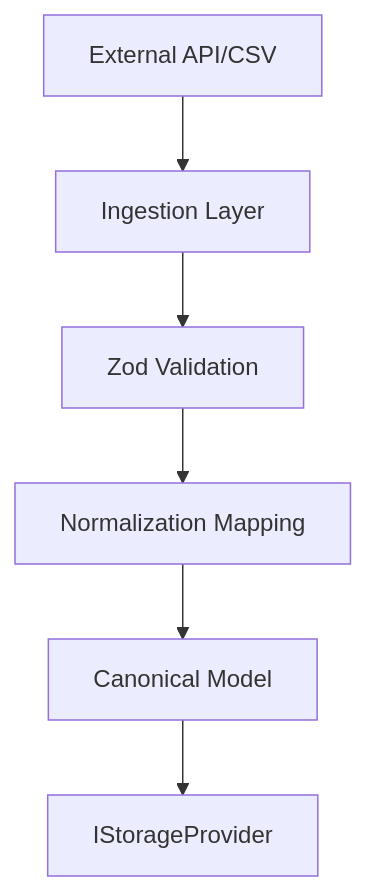
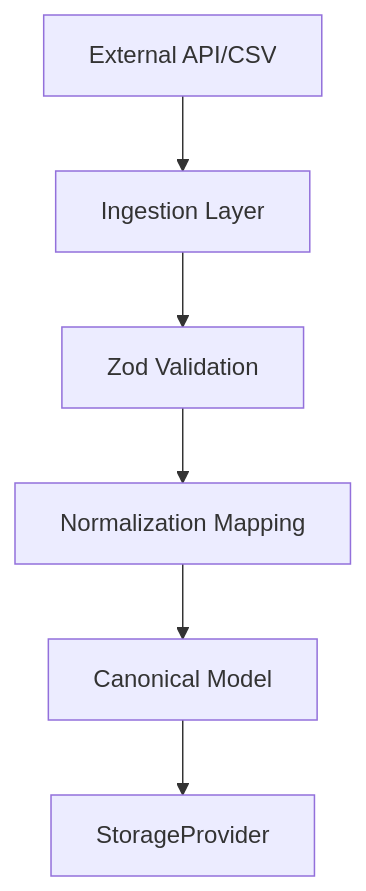
Before and after one commit to NicholasRestifo/SigmetSkyPath: the second of 2 diagrams in docs/data_models.md, drawn with Mermaid. The commit also changed other lines of this file and 17 other files, not shown here.

````diff
--- a/docs/data_models.md
+++ b/docs/data_models.md
@@ -122,8 +122,8 @@
 ```mermaid
 graph TD
     External[External API/CSV] --> Ingestion[Ingestion Layer]
     Ingestion --> Validation[Zod Validation]
     Validation --> Normalization[Normalization Mapping]
     Normalization --> Canonical[Canonical Model]
-    Canonical --> Storage[IStorageProvider]
+    Canonical --> Storage[StorageProvider]
 ```
````
